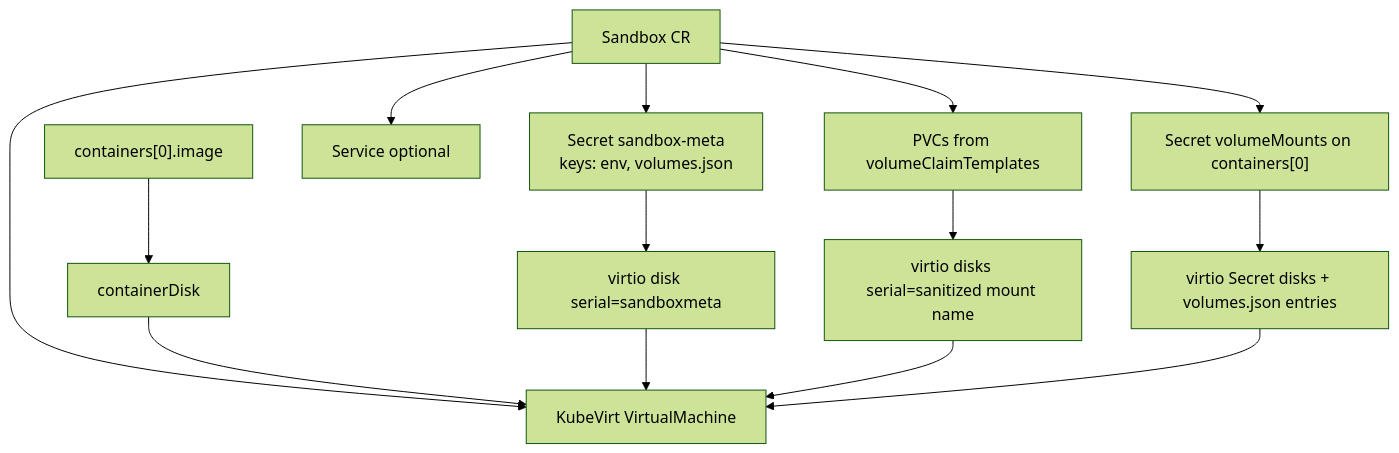
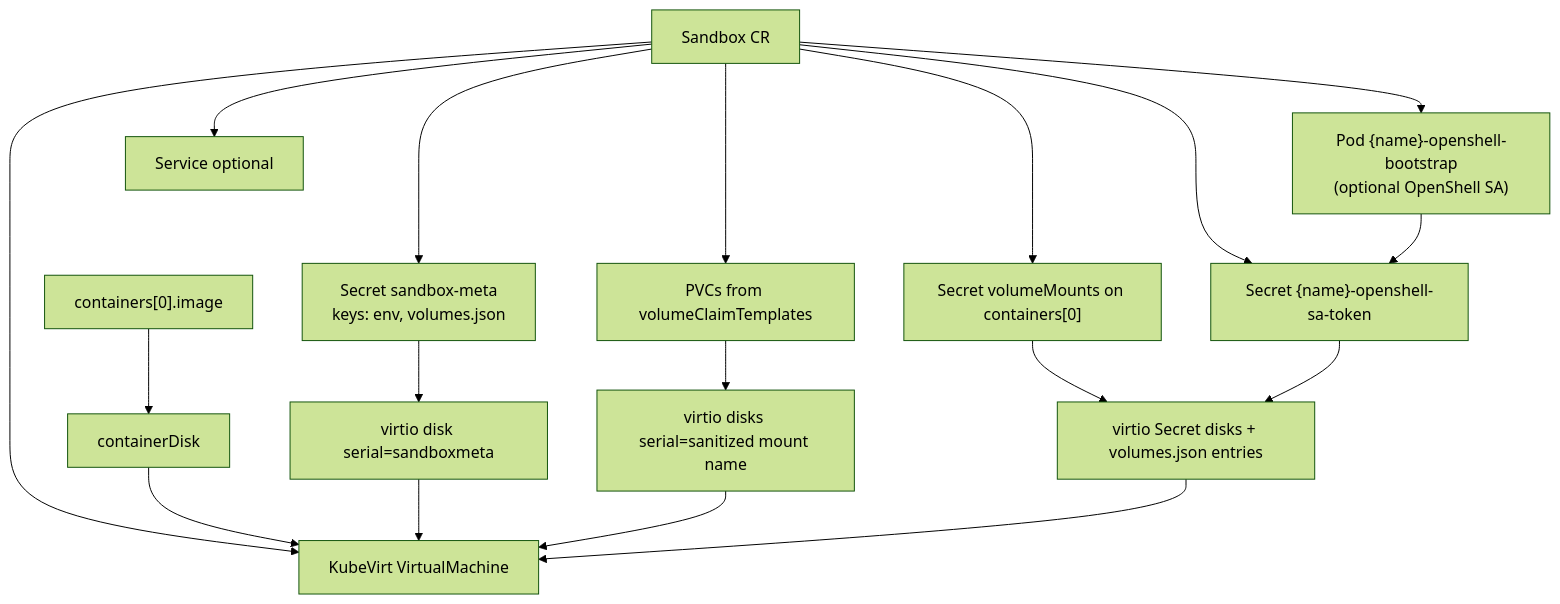
One commit to shanemcd/openshell-kubevirt changed the diagram in AGENT-SANDBOX-VM.md. Above: the diagram before and after it, drawn with Mermaid (forest theme). The commit also changed other lines of this file and 6 other files, not shown here.

First line of the commit message:
Prefer K8s SA bootstrap in Hermes and document VM token rebootstrap.

````diff
--- a/AGENT-SANDBOX-VM.md
+++ b/AGENT-SANDBOX-VM.md
@@ -11,17 +11,21 @@
 ```mermaid
 flowchart TB
   SB[Sandbox CR]
   SB --> PVC[PVCs from volumeClaimTemplates]
   SB --> META["Secret sandbox-meta<br/>keys: env, volumes.json"]
+  SB --> BOOT["Pod {name}-openshell-bootstrap<br/>(optional OpenShell SA)"]
+  SB --> SASEC["Secret {name}-openshell-sa-token"]
   SB --> VM[KubeVirt VirtualMachine]
   SB --> SVC[Service optional]
+  BOOT --> SASEC
   META --> DISKMETA["virtio disk serial=sandboxmeta"]
   PVC --> DISKPVC["virtio disks serial=sanitized mount name"]
   SB --> SECRETS["Secret volumeMounts on containers[0]"]
   SECRETS --> DISKSEC["virtio Secret disks + volumes.json entries"]
+  SASEC --> DISKSEC
   IMAGE["containers[0].image"] --> CD["containerDisk"]
   CD --> VM
   DISKMETA --> VM
   DISKPVC --> VM
   DISKSEC --> VM
 ```
````
